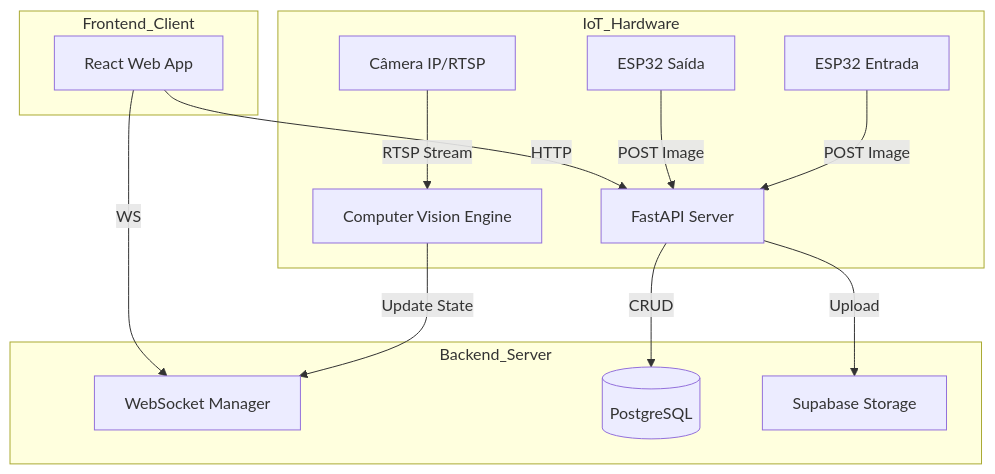
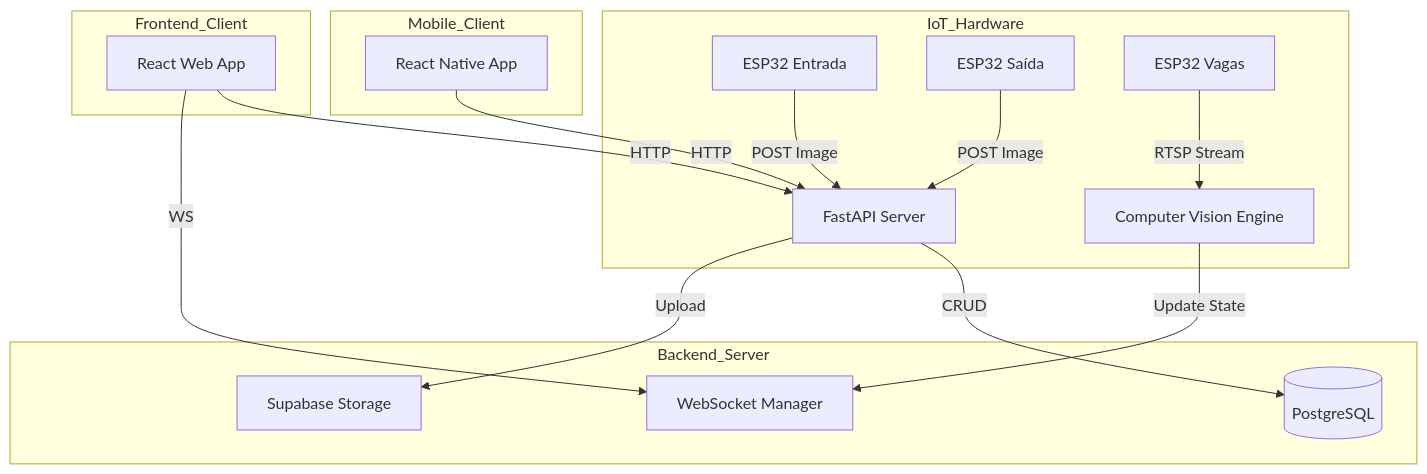
The diagram in README.md (AlexPT2k22/AI_SE2), drawn with Mermaid before and after one commit. The commit also changed other lines of this file, not shown here.

Commit message:
Update README: add mobile (React Native/Expo) docs and setup/run instructions; include Mobile client in architecture and tech list; expand debug tools and project structure; minor formatting and section reorganization

````diff
--- a/README.md
+++ b/README.md
@@ -52,24 +63,29 @@
 ```mermaid
 graph TD
     subgraph IoT_Hardware
         ESP32_In[ESP32 Entrada] -->|POST Image| API
         ESP32_Out[ESP32 Saída] -->|POST Image| API
-        Camera[Câmera IP/RTSP] -->|RTSP Stream| CV_Engine
+        Camera[ESP32 Vagas] -->|RTSP Stream| CV_Engine
     end
 
     subgraph Backend_Server
         API[FastAPI Server]
         CV_Engine[Computer Vision Engine]
         WS[WebSocket Manager]
-        
+
         CV_Engine -->|Update State| WS
         API -->|CRUD| DB[(PostgreSQL)]
         API -->|Upload| Storage[Supabase Storage]
     end
 
     subgraph Frontend_Client
         Web[React Web App]
         Web -->|HTTP| API
         Web -->|WS| WS
     end
+
+    subgraph Mobile_Client
+        Mobile[React Native App]
+        Mobile -->|HTTP| API
+    end
 ```
````
